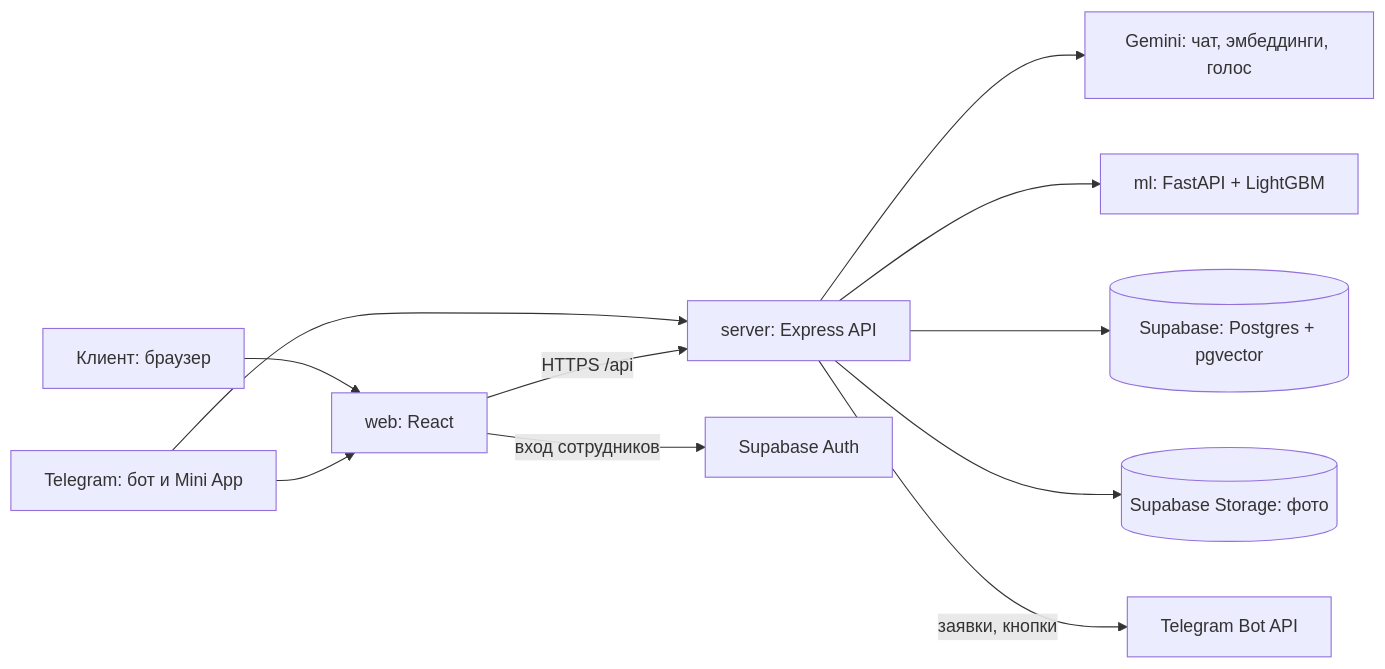
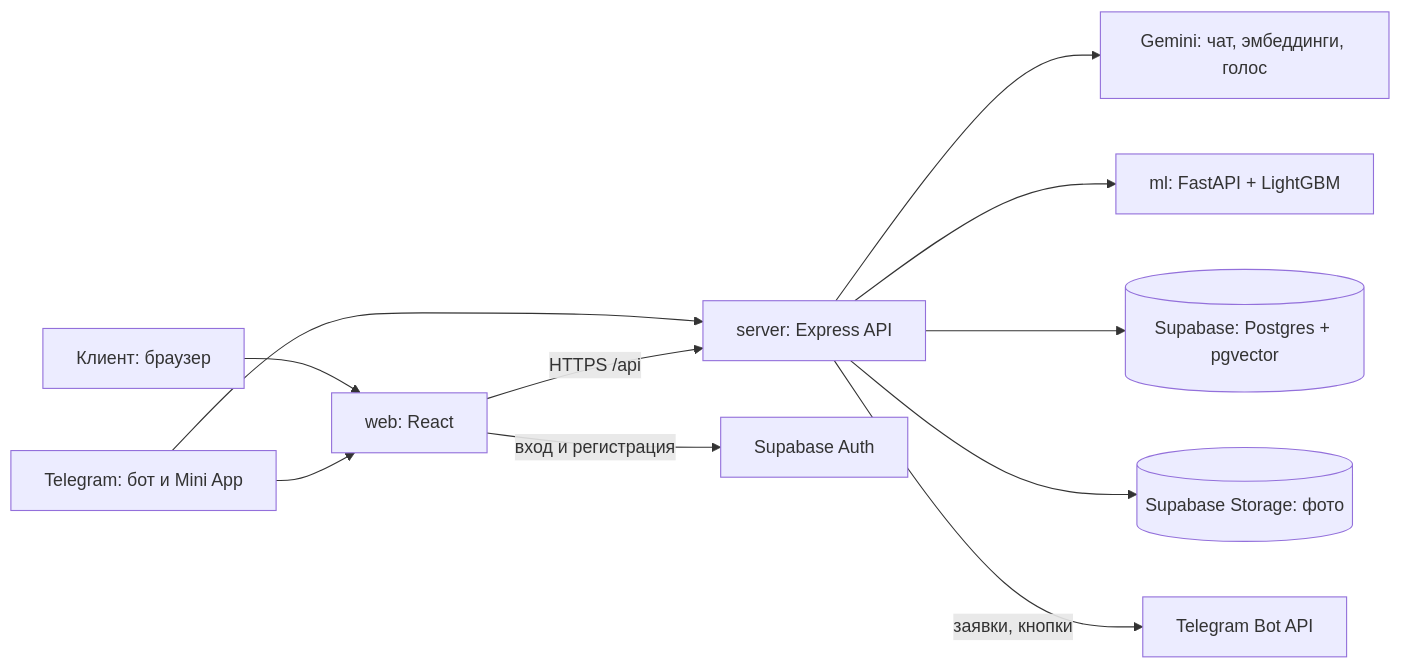
Before and after one commit to mardonaabubakirova10-cyber/TashHome: the first of 3 diagrams in docs/DIPLOMA.md, drawn with Mermaid. The commit also changed other lines of this file and 11 other files, not shown here.

First line of the commit message:
регистрация и вход клиента по почте и паролю, личный кабинет

````diff
--- a/docs/DIPLOMA.md
+++ b/docs/DIPLOMA.md
@@ -28,13 +29,13 @@
 ```mermaid
 flowchart LR
   U[Клиент: браузер] --> W[web: React]
   T[Telegram: бот и Mini App] --> S
   T --> W
   W -->|HTTPS /api| S[server: Express API]
   S --> G[Gemini: чат, эмбеддинги, голос]
   S --> M[ml: FastAPI + LightGBM]
   S --> DB[(Supabase: Postgres + pgvector)]
   S --> ST[(Supabase Storage: фото)]
   S -->|заявки, кнопки| TG[Telegram Bot API]
-  W -->|вход сотрудников| A[Supabase Auth]
+  W -->|вход и регистрация| A[Supabase Auth]
 ```
````
